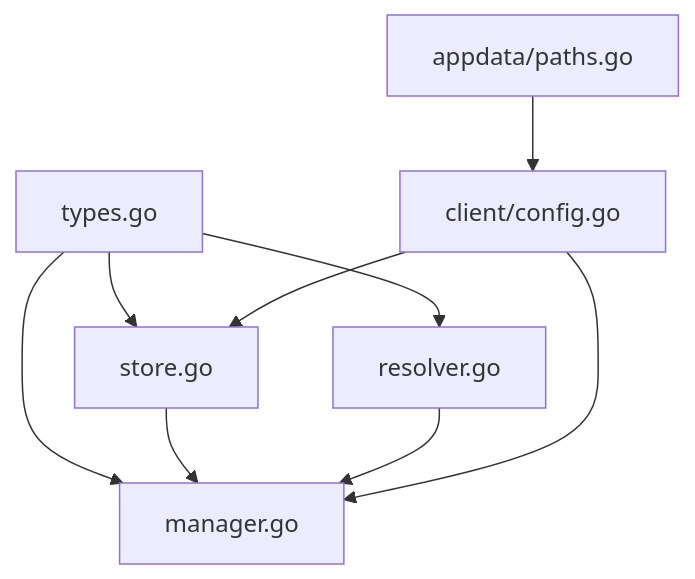
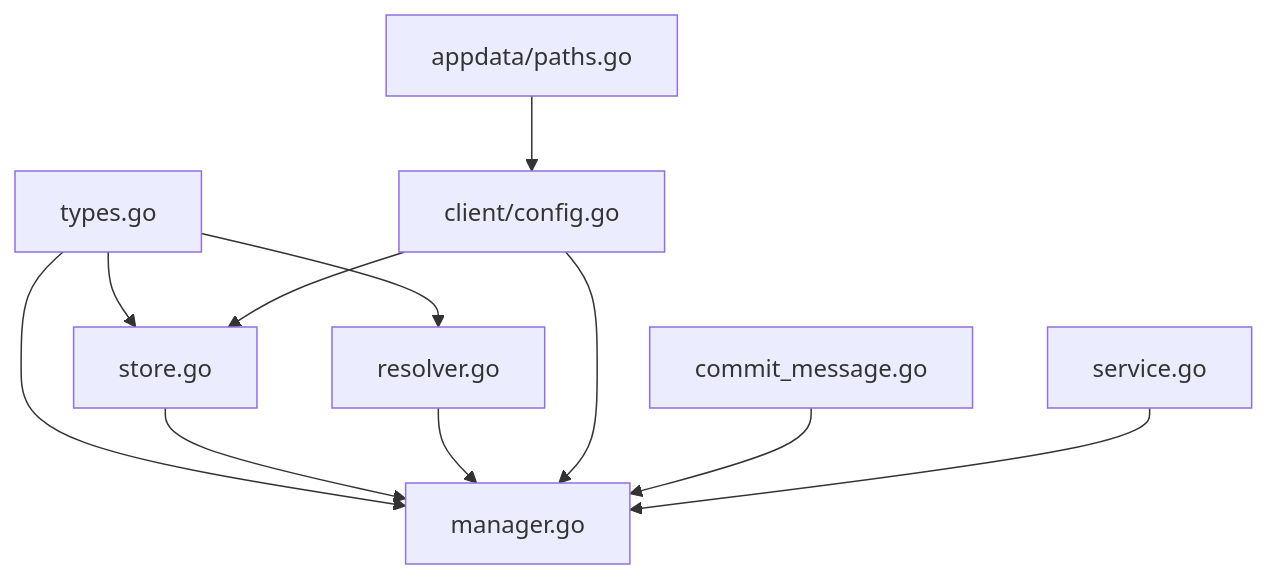
The tenth of 10 diagrams in .qoder/repowiki/en/content/Configuration System/Configuration System.md (philau2512/cursor-byok-go-v2), drawn with Mermaid before and after one commit. The commit also changed other lines of this file and 16 other files, not shown here.

````diff
--- a/.qoder/repowiki/en/content/Configuration System/Configuration System.md
+++ b/.qoder/repowiki/en/content/Configuration System/Configuration System.md
@@ -448,11 +539,13 @@
 ```mermaid
 graph TB
 Types["types.go"] --> Store["store.go"]
 Types --> Manager["manager.go"]
 Types --> Resolver["resolver.go"]
 Store --> Manager
 Resolver --> Manager
 Client["client/config.go"] --> Store
 Client --> Manager
 Paths["appdata/paths.go"] --> Client
+Forwarder["commit_message.go"] --> Manager
+Service["service.go"] --> Manager
 ```
````
